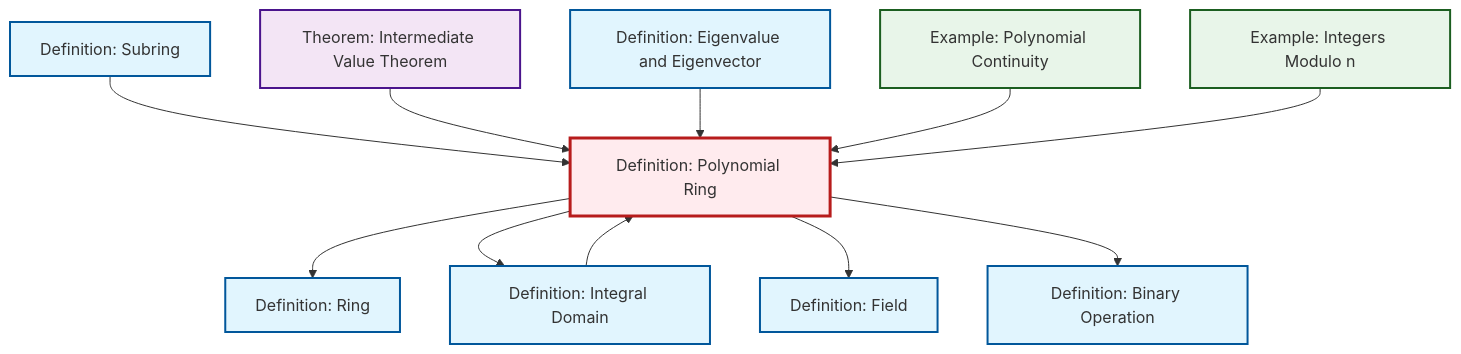
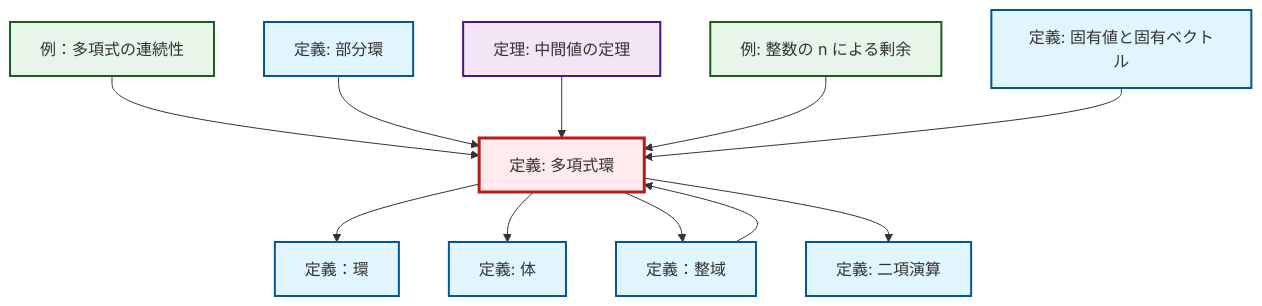
One commit to RK0429/ModernMath changed the diagram in content/ja/algebra/def-polynomial-ring.qmd. Above: the diagram before and after it, drawn with Mermaid. The commit also changed 1069 other files, not shown here.

````diff
--- a/content/ja/algebra/def-polynomial-ring.qmd
+++ b/content/ja/algebra/def-polynomial-ring.qmd
@@ -94,39 +94,39 @@
 ```{mermaid}
 %%| fig-cap: "Local dependency graph"
 graph TD
     classDef definition fill:#e1f5fe,stroke:#01579b,stroke-width:2px
     classDef theorem fill:#f3e5f5,stroke:#4a148c,stroke-width:2px
     classDef axiom fill:#fff3e0,stroke:#e65100,stroke-width:2px
     classDef example fill:#e8f5e9,stroke:#1b5e20,stroke-width:2px
     classDef current fill:#ffebee,stroke:#b71c1c,stroke-width:3px
-    ex-polynomial-continuity["Example: Polynomial Continuity"]:::example
-    def-polynomial-ring["Definition: Polynomial Ring"]:::definition
-    def-field["Definition: Field"]:::definition
-    thm-intermediate-value["Theorem: Intermediate Value Theorem"]:::theorem
-    def-eigenvalue-eigenvector["Definition: Eigenvalue and Eigenvector"]:::definition
-    def-ring["Definition: Ring"]:::definition
-    def-binary-operation["Definition: Binary Operation"]:::definition
-    def-integral-domain["Definition: Integral Domain"]:::definition
-    def-subring["Definition: Subring"]:::definition
-    ex-quotient-integers-mod-n["Example: Integers Modulo n"]:::example
+    def-polynomial-ring["定義: 多項式環"]:::definition
+    ex-polynomial-continuity["例：多項式の連続性"]:::example
+    thm-intermediate-value["定理: 中間値の定理"]:::theorem
+    def-eigenvalue-eigenvector["定義: 固有値と固有ベクトル"]:::definition
+    def-field["定義: 体"]:::definition
+    def-binary-operation["定義: 二項演算"]:::definition
+    def-integral-domain["定義：整域"]:::definition
+    def-ring["定義：環"]:::definition
+    ex-quotient-integers-mod-n["例: 整数の n による剰余"]:::example
+    def-subring["定義: 部分環"]:::definition
     def-polynomial-ring --> def-ring
+    def-polynomial-ring --> def-field
+    ex-polynomial-continuity --> def-polynomial-ring
+    def-polynomial-ring --> def-integral-domain
     def-subring --> def-polynomial-ring
-    def-polynomial-ring --> def-integral-domain
     thm-intermediate-value --> def-polynomial-ring
-    def-polynomial-ring --> def-field
     def-integral-domain --> def-polynomial-ring
+    def-polynomial-ring --> def-binary-operation
+    ex-quotient-integers-mod-n --> def-polynomial-ring
     def-eigenvalue-eigenvector --> def-polynomial-ring
-    ex-polynomial-continuity --> def-polynomial-ring
-    ex-quotient-integers-mod-n --> def-polynomial-ring
-    def-polynomial-ring --> def-binary-operation
     class def-polynomial-ring current
-    click ex-polynomial-continuity "ex-polynomial-continuity.html" "Example: Polynomial Continuityへ"
-    click def-field "def-field.html" "Definition: Fieldへ"
-    click thm-intermediate-value "thm-intermediate-value.html" "Theorem: Intermediate Value Theoremへ"
-    click def-eigenvalue-eigenvector "def-eigenvalue-eigenvector.html" "Definition: Eigenvalue and Eigenvectorへ"
-    click def-ring "def-ring.html" "Definition: Ringへ"
-    click def-binary-operation "def-binary-operation.html" "Definition: Binary Operationへ"
-    click def-integral-domain "def-integral-domain.html" "Definition: Integral Domainへ"
-    click def-subring "def-subring.html" "Definition: Subringへ"
-    click ex-quotient-integers-mod-n "ex-quotient-integers-mod-n.html" "Example: Integers Modulo nへ"
+    click ex-polynomial-continuity "ex-polynomial-continuity.html" "例：多項式の連続性へ"
+    click thm-intermediate-value "thm-intermediate-value.html" "中間値の定理の定理へ"
+    click def-eigenvalue-eigenvector "def-eigenvalue-eigenvector.html" "固有値と固有ベクトルの定義へ"
+    click def-field "def-field.html" "体の定義へ"
+    click def-binary-operation "def-binary-operation.html" "二項演算の定義へ"
+    click def-integral-domain "def-integral-domain.html" "定義：整域へ"
+    click def-ring "def-ring.html" "定義：環へ"
+    click ex-quotient-integers-mod-n "ex-quotient-integers-mod-n.html" "整数の n による剰余の例へ"
+    click def-subring "def-subring.html" "部分環の定義へ"
 ```
````
